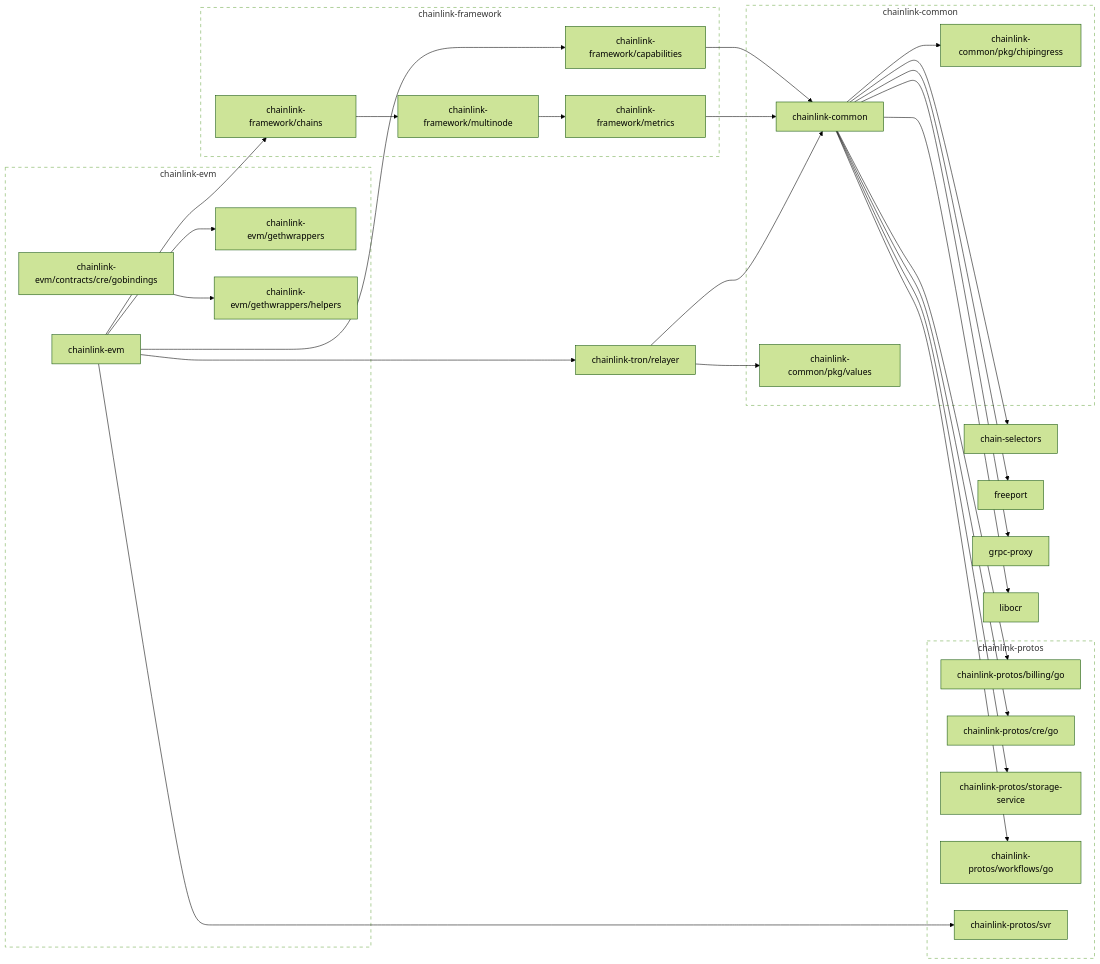
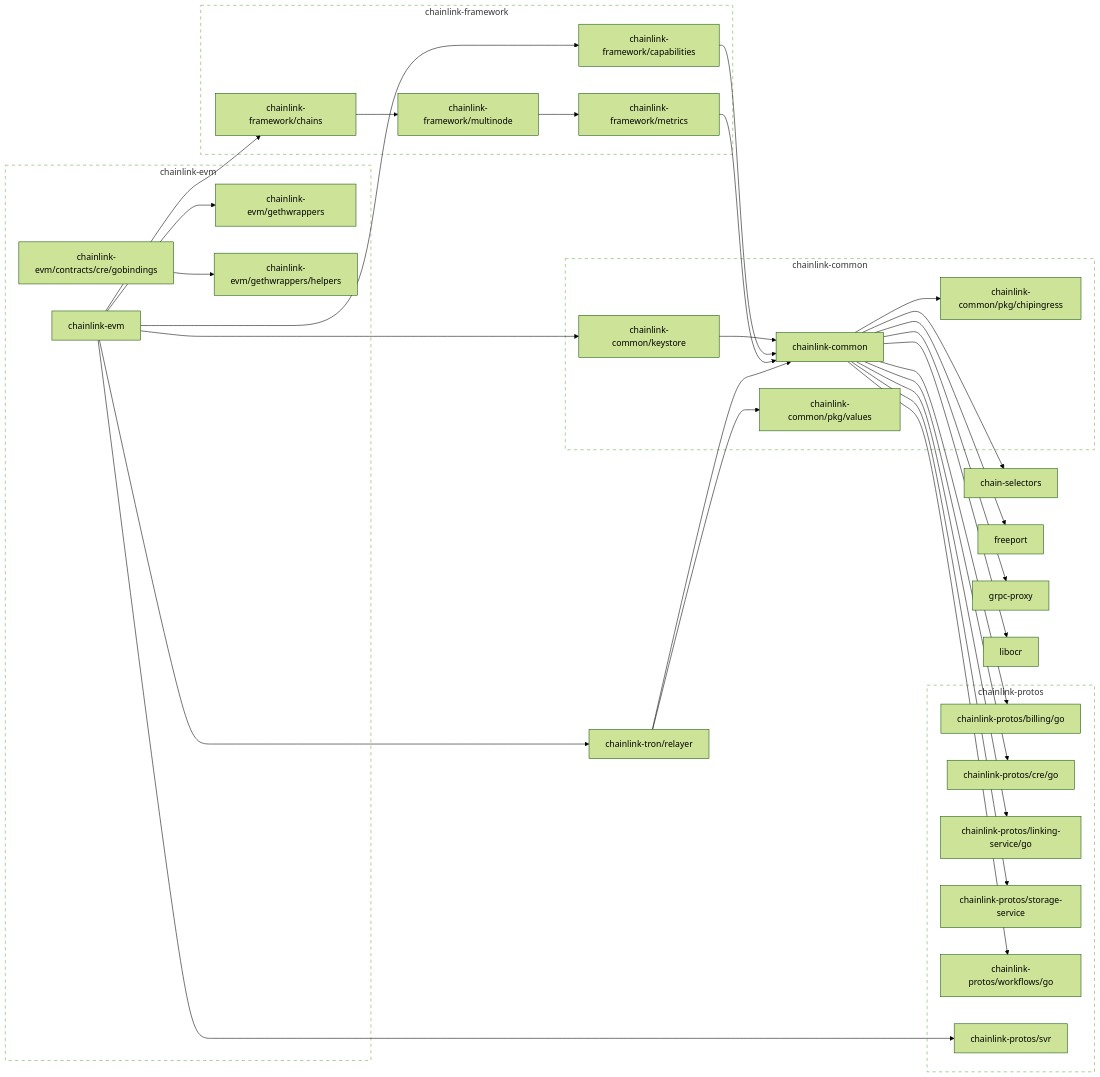
The diagram in go.md (smartcontractkit/chainlink-evm), drawn with Mermaid (forest theme) before and after one commit. The commit also changed 12 other files, not shown here.

First line of the commit message:
EVM key store on top of common key store lib (#270)

```diff
--- a/go.md
+++ b/go.md
@@ -8,16 +8,20 @@
 	chainlink-common --> chainlink-common/pkg/chipingress
 	chainlink-common --> chainlink-protos/billing/go
 	chainlink-common --> chainlink-protos/cre/go
+	chainlink-common --> chainlink-protos/linking-service/go
 	chainlink-common --> chainlink-protos/storage-service
 	chainlink-common --> chainlink-protos/workflows/go
 	chainlink-common --> freeport
 	chainlink-common --> grpc-proxy
 	chainlink-common --> libocr
 	click chainlink-common href "https://github.com/smartcontractkit/chainlink-common"
+	chainlink-common/keystore --> chainlink-common
+	click chainlink-common/keystore href "https://github.com/smartcontractkit/chainlink-common"
 	chainlink-common/pkg/chipingress
 	click chainlink-common/pkg/chipingress href "https://github.com/smartcontractkit/chainlink-common"
 	chainlink-common/pkg/values
 	click chainlink-common/pkg/values href "https://github.com/smartcontractkit/chainlink-common"
+	chainlink-evm --> chainlink-common/keystore
 	chainlink-evm --> chainlink-evm/gethwrappers
 	chainlink-evm --> chainlink-framework/capabilities
 	chainlink-evm --> chainlink-framework/chains
@@ -42,6 +46,8 @@
 	click chainlink-protos/billing/go href "https://github.com/smartcontractkit/chainlink-protos"
 	chainlink-protos/cre/go
 	click chainlink-protos/cre/go href "https://github.com/smartcontractkit/chainlink-protos"
+	chainlink-protos/linking-service/go
+	click chainlink-protos/linking-service/go href "https://github.com/smartcontractkit/chainlink-protos"
 	chainlink-protos/storage-service
 	click chainlink-protos/storage-service href "https://github.com/smartcontractkit/chainlink-protos"
 	chainlink-protos/svr
@@ -60,6 +66,7 @@
 
 	subgraph chainlink-common-repo[chainlink-common]
 		 chainlink-common
+		 chainlink-common/keystore
 		 chainlink-common/pkg/chipingress
 		 chainlink-common/pkg/values
 	end
@@ -84,6 +91,7 @@
 	subgraph chainlink-protos-repo[chainlink-protos]
 		 chainlink-protos/billing/go
 		 chainlink-protos/cre/go
+		 chainlink-protos/linking-service/go
 		 chainlink-protos/storage-service
 		 chainlink-protos/svr
 		 chainlink-protos/workflows/go
```
